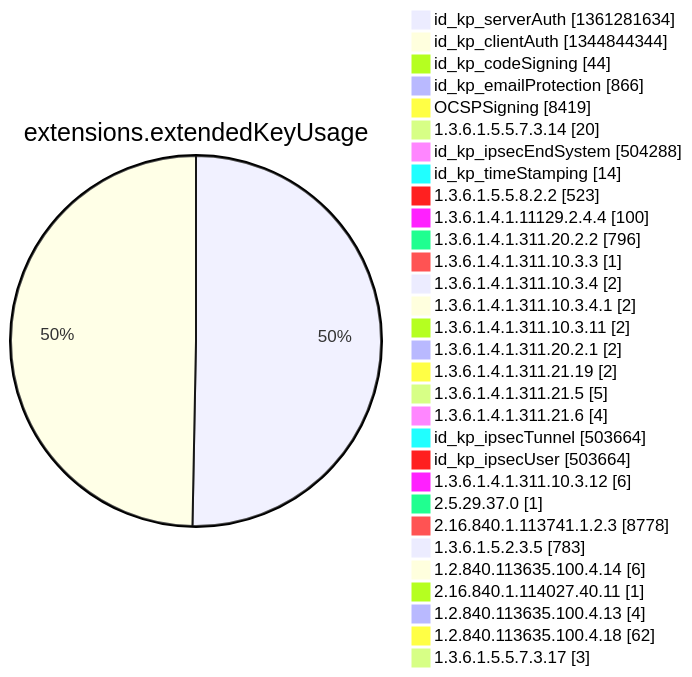
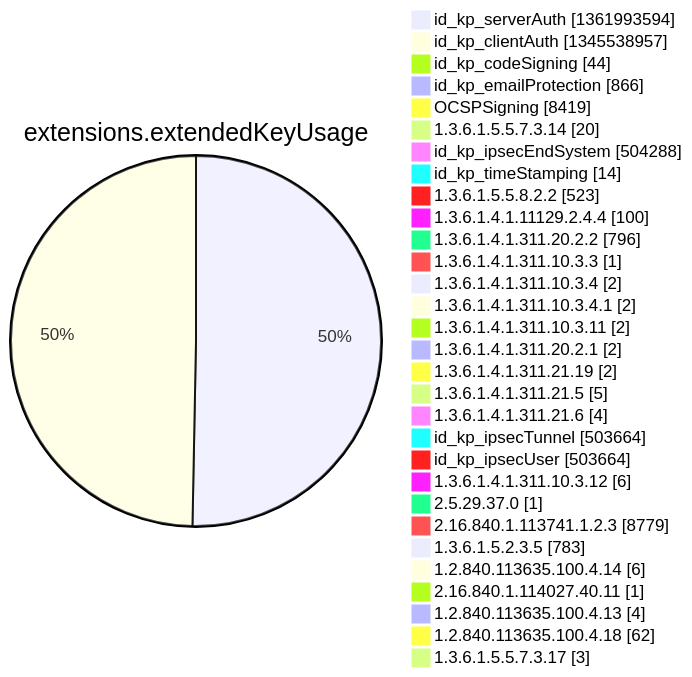
Diagram 12 of 15 in argon2022/README.md (christiankrug/ctmonitor_visualization), drawn with Mermaid before and after one commit. The commit also changed other lines of this file, not shown here.

````diff
--- a/argon2022/README.md
+++ b/argon2022/README.md
@@ -3553,34 +3553,34 @@
 ```mermaid
 pie showData
 title extensions.extendedKeyUsage
-"id_kp_serverAuth" :1361281634
-"id_kp_clientAuth" :1344844344
+"id_kp_serverAuth" :1361993594
+"id_kp_clientAuth" :1345538957
 "id_kp_codeSigning" :44
 "id_kp_emailProtection" :866
 "OCSPSigning" :8419
 "1.3.6.1.5.5.7.3.14" :20
 "id_kp_ipsecEndSystem" :504288
 "id_kp_timeStamping" :14
 "1.3.6.1.5.5.8.2.2" :523
 "1.3.6.1.4.1.11129.2.4.4" :100
 "1.3.6.1.4.1.311.20.2.2" :796
 "1.3.6.1.4.1.311.10.3.3" :1
 "1.3.6.1.4.1.311.10.3.4" :2
 "1.3.6.1.4.1.311.10.3.4.1" :2
 "1.3.6.1.4.1.311.10.3.11" :2
 "1.3.6.1.4.1.311.20.2.1" :2
 "1.3.6.1.4.1.311.21.19" :2
 "1.3.6.1.4.1.311.21.5" :5
 "1.3.6.1.4.1.311.21.6" :4
 "id_kp_ipsecTunnel" :503664
 "id_kp_ipsecUser" :503664
 "1.3.6.1.4.1.311.10.3.12" :6
 "2.5.29.37.0" :1
-"2.16.840.1.113741.1.2.3" :8778
+"2.16.840.1.113741.1.2.3" :8779
 "1.3.6.1.5.2.3.5" :783
 "1.2.840.113635.100.4.14" :6
 "2.16.840.1.114027.40.11" :1
 "1.2.840.113635.100.4.13" :4
 "1.2.840.113635.100.4.18" :62
 "1.3.6.1.5.5.7.3.17" :3
 ```
````
